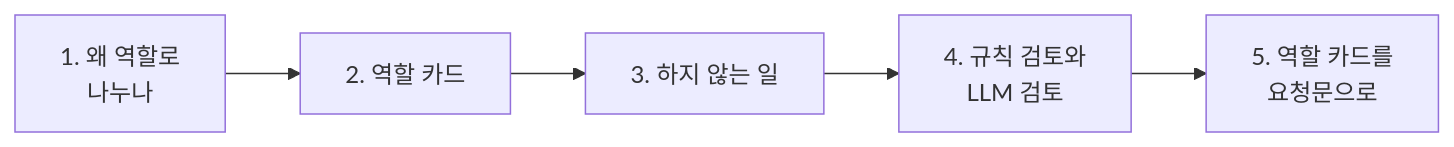
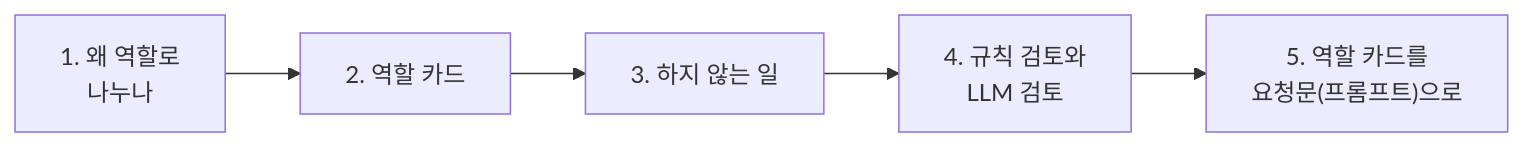
The diagram in Lecture/69/01-STAGE1-ROLE-SEPARATION.md (jbbdyee/ai-engineering-lab), drawn with Mermaid before and after one commit. The commit also changed other lines of this file and 197 other files, not shown here.

````diff
--- a/Lecture/69/01-STAGE1-ROLE-SEPARATION.md
+++ b/Lecture/69/01-STAGE1-ROLE-SEPARATION.md
@@ -7,4 +7,4 @@
 ```mermaid
 flowchart LR
-  A["1. 왜 역할로<br/>나누나"] --> B["2. 역할 카드"] --> C["3. 하지 않는 일"] --> D["4. 규칙 검토와<br/>LLM 검토"] --> E["5. 역할 카드를<br/>요청문으로"]
+  A["1. 왜 역할로<br/>나누나"] --> B["2. 역할 카드"] --> C["3. 하지 않는 일"] --> D["4. 규칙 검토와<br/>LLM 검토"] --> E["5. 역할 카드를<br/>요청문(프롬프트)으로"]
 ```
````
